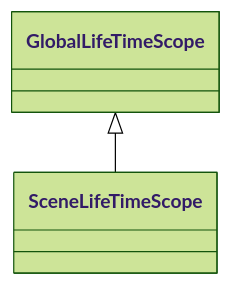
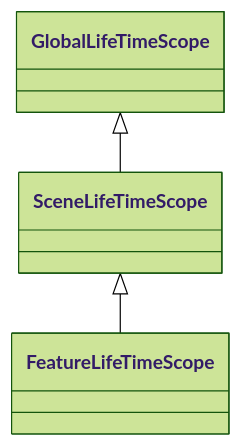
One commit to JIN5EOK/DungeonShooter changed the diagram in README/의존성관리_설계.md. Above: the diagram before and after it, drawn with Mermaid (forest theme). The commit also changed other lines of this file and 19 other files, not shown here.

Commit message:
feat: GlobalLifeTimeScope VContainerSettings로 이동

````diff
--- a/README/의존성관리_설계.md
+++ b/README/의존성관리_설계.md
@@ -12,4 +12,5 @@
 ```mermaid
 classDiagram    
     GlobalLifeTimeScope <|-- SceneLifeTimeScope
+    SceneLifeTimeScope <|-- FeatureLifeTimeScope 
 ```
````
